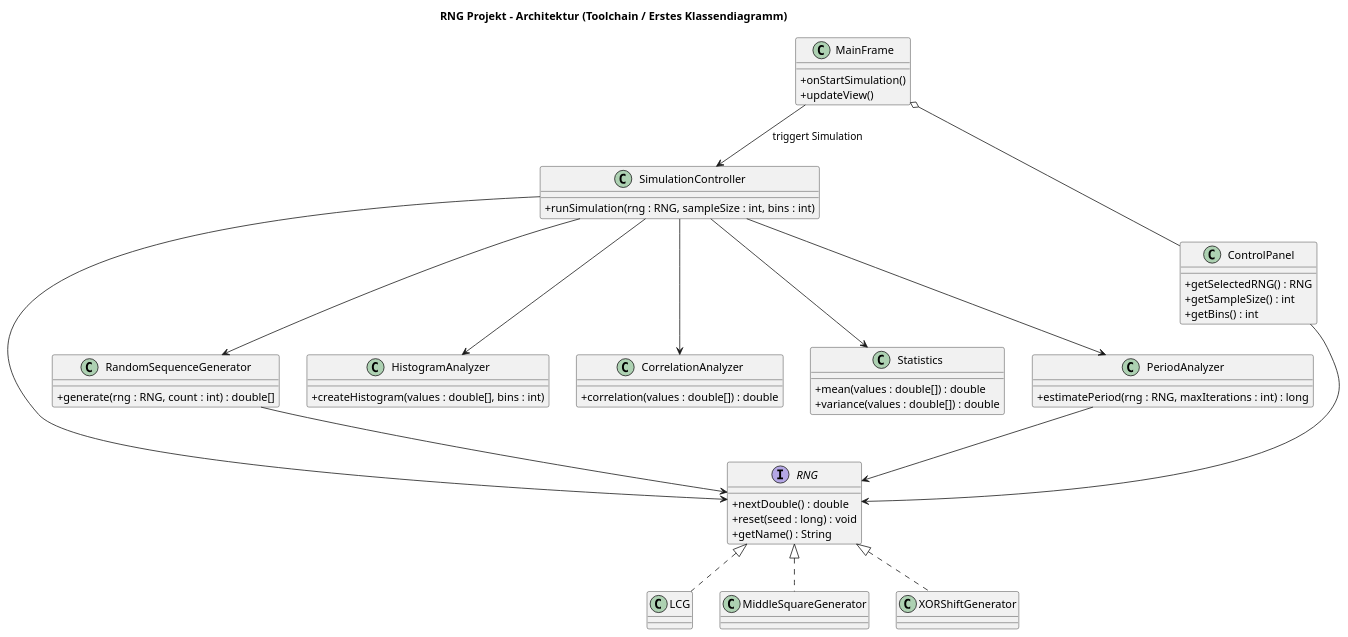
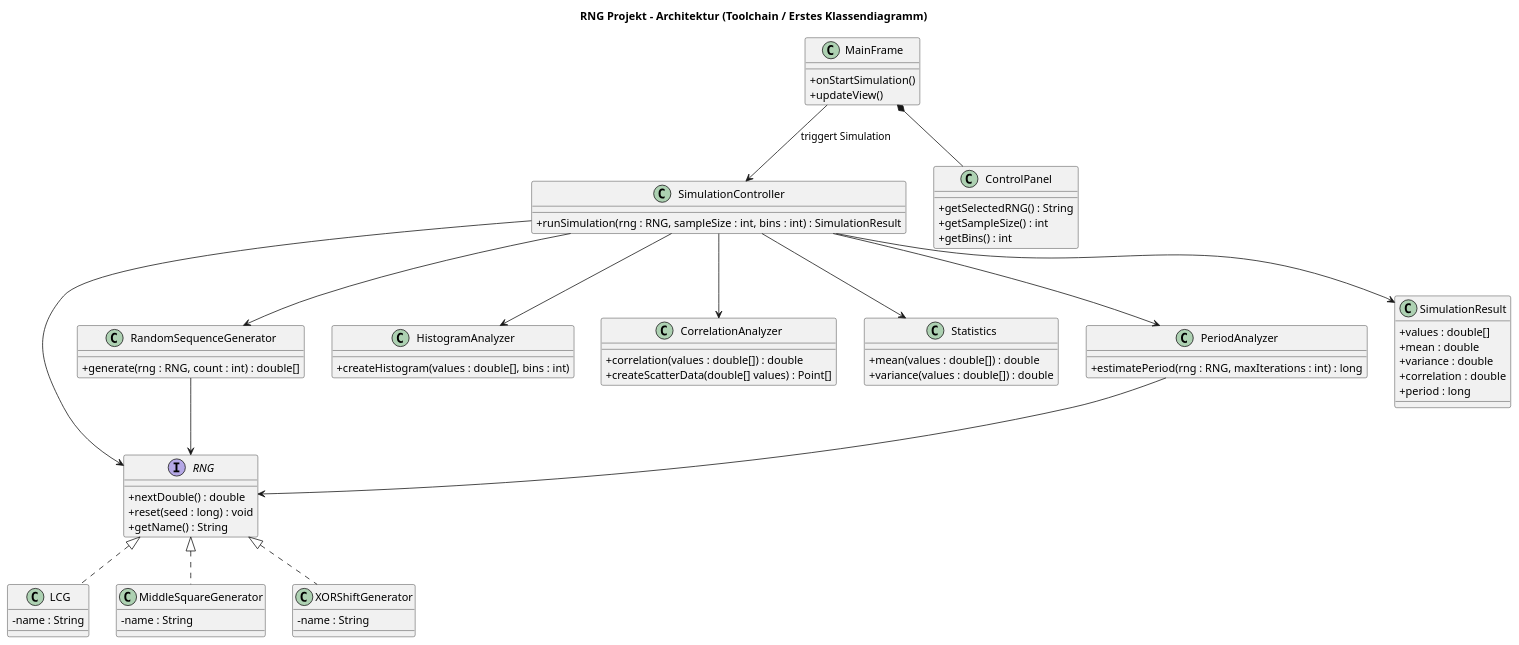
One commit to Marvin-201/INF2025-Gruppe-Trickreiche-Pinguine changed the diagram in planning/ClassDiagram/ClassDiagram.puml. Above: the diagram before and after it, drawn with PlantUML. The commit also changed 2 other files, not shown here.

Commit message:
add structure and update classDiagram

```diff
--- a/planning/ClassDiagram/ClassDiagram.puml
+++ b/planning/ClassDiagram/ClassDiagram.puml
@@ -1,92 +1,111 @@
 @startuml name
 title RNG Projekt - Architektur (Toolchain / Erstes Klassendiagramm)
 
 skinparam classAttributeIconSize 0
 
 ' ==========================
 ' RNG SCHICHT
 ' ==========================
 
 interface RNG {
     +nextDouble() : double
     +reset(seed : long) : void
     +getName() : String
 }
 
-class LCG
-class MiddleSquareGenerator
-class XORShiftGenerator
+class LCG{
+    -name : String
+}
+class MiddleSquareGenerator{
+    -name : String
+}
+class XORShiftGenerator{
+    -name : String
+}
 
 RNG <|.. LCG
 RNG <|.. MiddleSquareGenerator
 RNG <|.. XORShiftGenerator
 
 ' ==========================
 ' DATENGENERIERUNG
 ' ==========================
 
 class RandomSequenceGenerator {
     +generate(rng : RNG, count : int) : double[]
 }
 
 RandomSequenceGenerator --> RNG
 
 ' ==========================
 ' ANALYSE SCHICHT
 ' ==========================
 
 class HistogramAnalyzer {
     +createHistogram(values : double[], bins : int)
 }
 
 class CorrelationAnalyzer {
     +correlation(values : double[]) : double
+    +createScatterData(double[] values) : Point[] 
 }
 
 class Statistics {
     +mean(values : double[]) : double
     +variance(values : double[]) : double
 }
 
 class PeriodAnalyzer {
     +estimatePeriod(rng : RNG, maxIterations : int) : long
 }
 
 PeriodAnalyzer --> RNG
 
 ' ==========================
 ' CONTROLLER (BUSINESS LOGIC)
 ' ==========================
 
 class SimulationController {
-    +runSimulation(rng : RNG, sampleSize : int, bins : int)
+    +runSimulation(rng : RNG, sampleSize : int, bins : int) : SimulationResult
 }
 
 SimulationController --> RNG
 SimulationController --> RandomSequenceGenerator
 SimulationController --> HistogramAnalyzer
 SimulationController --> CorrelationAnalyzer
 SimulationController --> Statistics
 SimulationController --> PeriodAnalyzer
+
+' ==========================
+' SIMULATION RESULT
+' ==========================
+
+class SimulationResult {
+    +values : double[]
+    +mean : double
+    +variance : double
+    +correlation : double
+    +period : long
+}
+
+SimulationController --> SimulationResult
 
 ' ==========================
 ' GUI SCHICHT (VIEW)
 ' ==========================
 
 class MainFrame {
     +onStartSimulation()
     +updateView()
 }
 
 class ControlPanel {
-    +getSelectedRNG() : RNG
+    +getSelectedRNG() : String
     +getSampleSize() : int
     +getBins() : int
 }
 
-MainFrame o-- ControlPanel
+MainFrame *-- ControlPanel
 MainFrame --> SimulationController : triggert Simulation
 
-ControlPanel --> RNG
-
 @enduml
```
